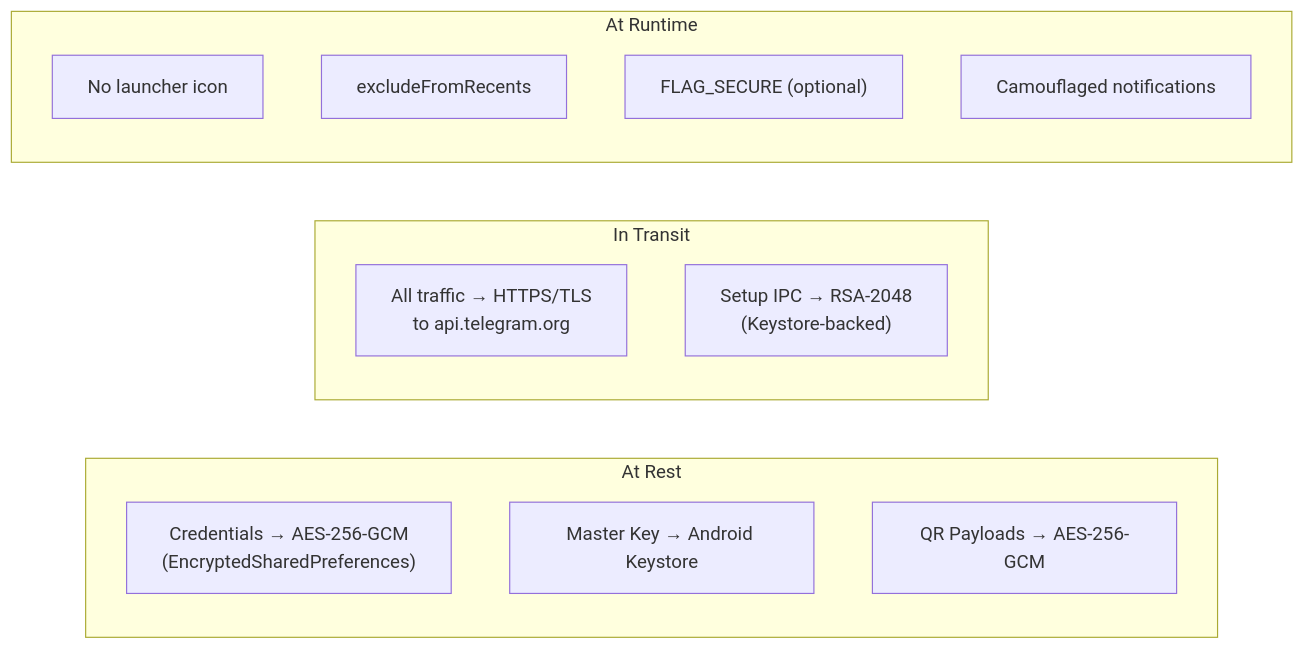
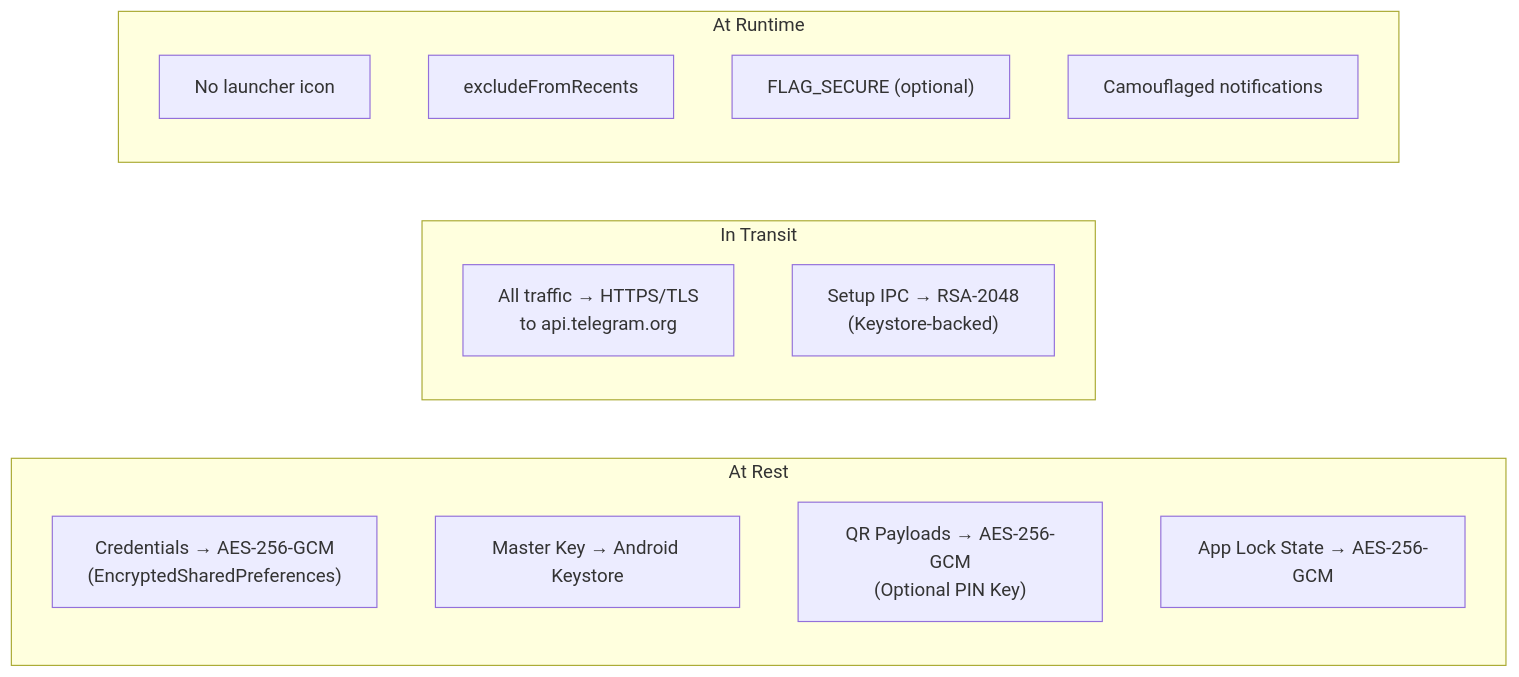
The fifth of 5 diagrams in docs/Architecture.md (sandeshsahu/superiorchat), drawn with Mermaid before and after one commit. The commit also changed other lines of this file and 7 other files, not shown here.

````diff
--- a/docs/Architecture.md
+++ b/docs/Architecture.md
@@ -346,20 +354,21 @@
 ```mermaid
 graph LR
     subgraph "At Rest"
         A1["Credentials → AES-256-GCM<br/>(EncryptedSharedPreferences)"]
         A2["Master Key → Android Keystore"]
-        A3["QR Payloads → AES-256-GCM"]
+        A3["QR Payloads → AES-256-GCM<br/>(Optional PIN Key)"]
+        A4["App Lock State → AES-256-GCM"]
     end
 
     subgraph "In Transit"
         B1["All traffic → HTTPS/TLS<br/>to api.telegram.org"]
         B2["Setup IPC → RSA-2048<br/>(Keystore-backed)"]
     end
 
     subgraph "At Runtime"
         C1["No launcher icon"]
         C2["excludeFromRecents"]
         C3["FLAG_SECURE (optional)"]
         C4["Camouflaged notifications"]
     end
 ```
````
